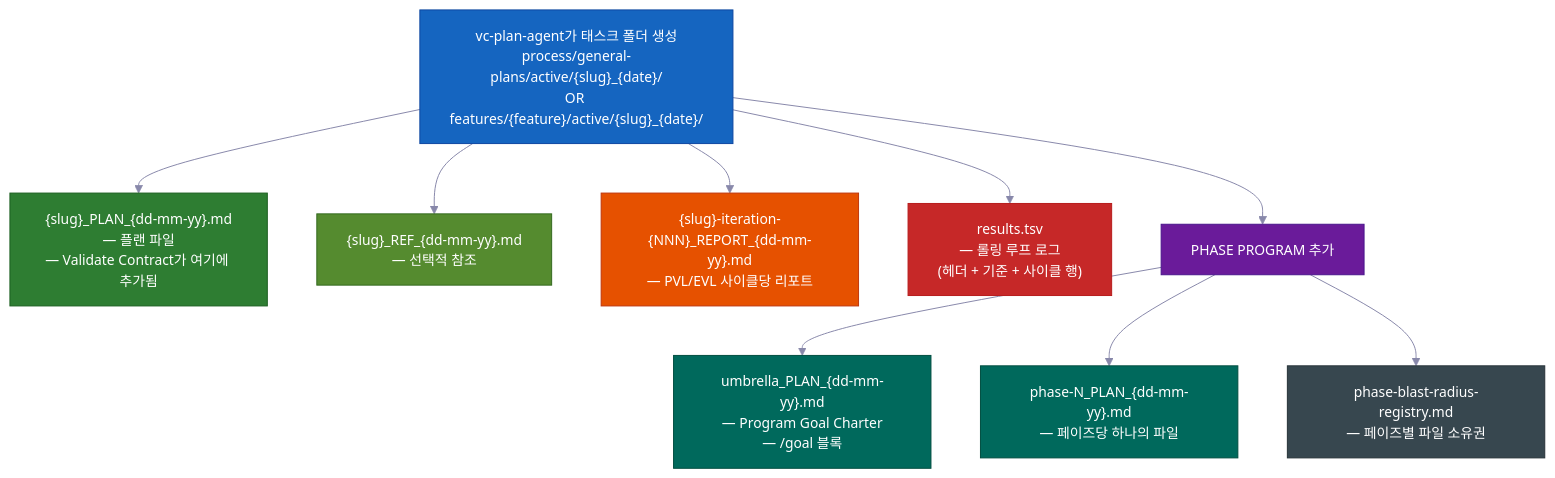
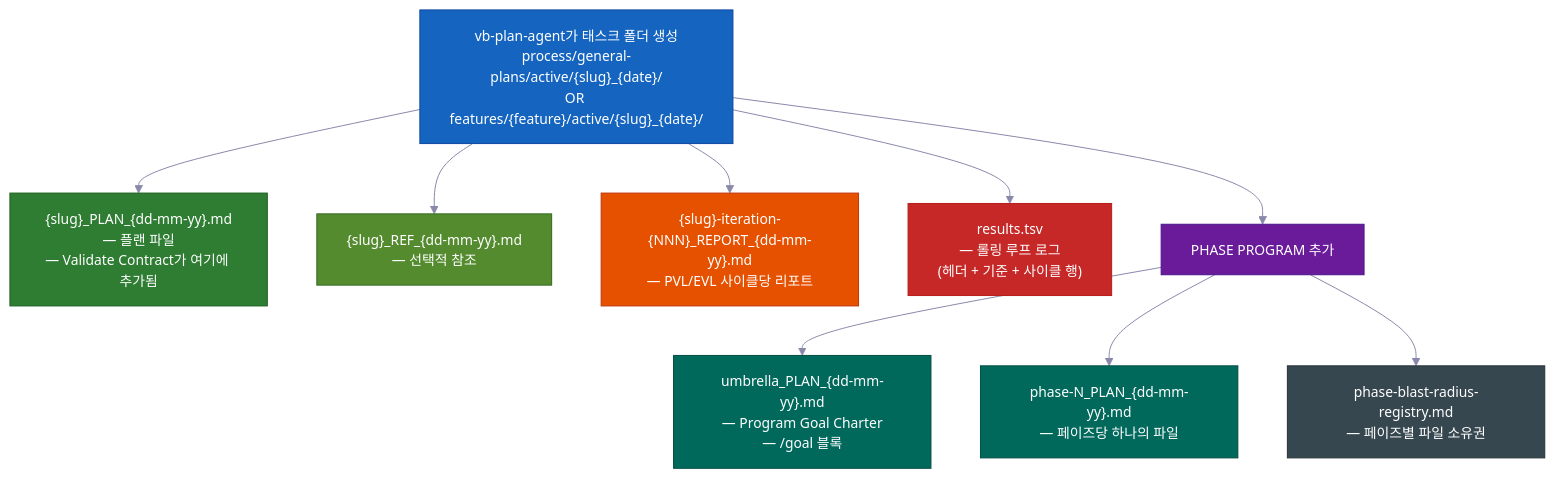
One commit to Tomwakeupat530amm/vibebelt-kit changed diagram 11 of 14 in docs/i18n/README.ko-KR.md. Above: the diagram before and after it, drawn with Mermaid. The commit also changed other lines of this file and 646 other files, not shown here.

````diff
--- a/docs/i18n/README.ko-KR.md
+++ b/docs/i18n/README.ko-KR.md
@@ -1188,32 +1188,32 @@
 ```mermaid
 %%{init: {'theme': 'base', 'themeVariables': {'fontSize': '14px', 'lineColor': '#8888AA'}} }%%
 flowchart TD
-    PC["vc-plan-agent가 태스크 폴더 생성\nprocess/general-plans/active/{slug}_{date}/\nOR features/{feature}/active/{slug}_{date}/"]
+    PC["vb-plan-agent가 태스크 폴더 생성\nprocess/general-plans/active/{slug}_{date}/\nOR features/{feature}/active/{slug}_{date}/"]
     PLAN["{slug}_PLAN_{dd-mm-yy}.md\n— 플랜 파일\n— Validate Contract가 여기에 추가됨"]
     REF["{slug}_REF_{dd-mm-yy}.md\n— 선택적 참조"]
     RPT["{slug}-iteration-{NNN}_REPORT_{dd-mm-yy}.md\n— PVL/EVL 사이클당 리포트"]
     TSV["results.tsv\n— 롤링 루프 로그\n(헤더 + 기준 + 사이클 행)"]
     PP["PHASE PROGRAM 추가"]
     UMB["umbrella_PLAN_{dd-mm-yy}.md\n— Program Goal Charter\n— /goal 블록"]
     PHN["phase-N_PLAN_{dd-mm-yy}.md\n— 페이즈당 하나의 파일"]
     REG["phase-blast-radius-registry.md\n— 페이즈별 파일 소유권"]
 
     PC --> PLAN
     PC --> REF
     PC --> RPT
     PC --> TSV
     PC --> PP
     PP --> UMB
     PP --> PHN
     PP --> REG
 
     style PC fill:#1565C0,stroke:#0D47A1,color:#FFFFFF
     style PLAN fill:#2E7D32,stroke:#1B5E20,color:#FFFFFF
     style REF fill:#558B2F,stroke:#33691E,color:#FFFFFF
     style RPT fill:#E65100,stroke:#BF360C,color:#FFFFFF
     style TSV fill:#C62828,stroke:#B71C1C,color:#FFFFFF
     style PP fill:#6A1B9A,stroke:#4A148C,color:#FFFFFF
     style UMB fill:#00695C,stroke:#004D40,color:#FFFFFF
     style PHN fill:#00695C,stroke:#004D40,color:#FFFFFF
     style REG fill:#37474F,stroke:#263238,color:#FFFFFF
 ```
````
